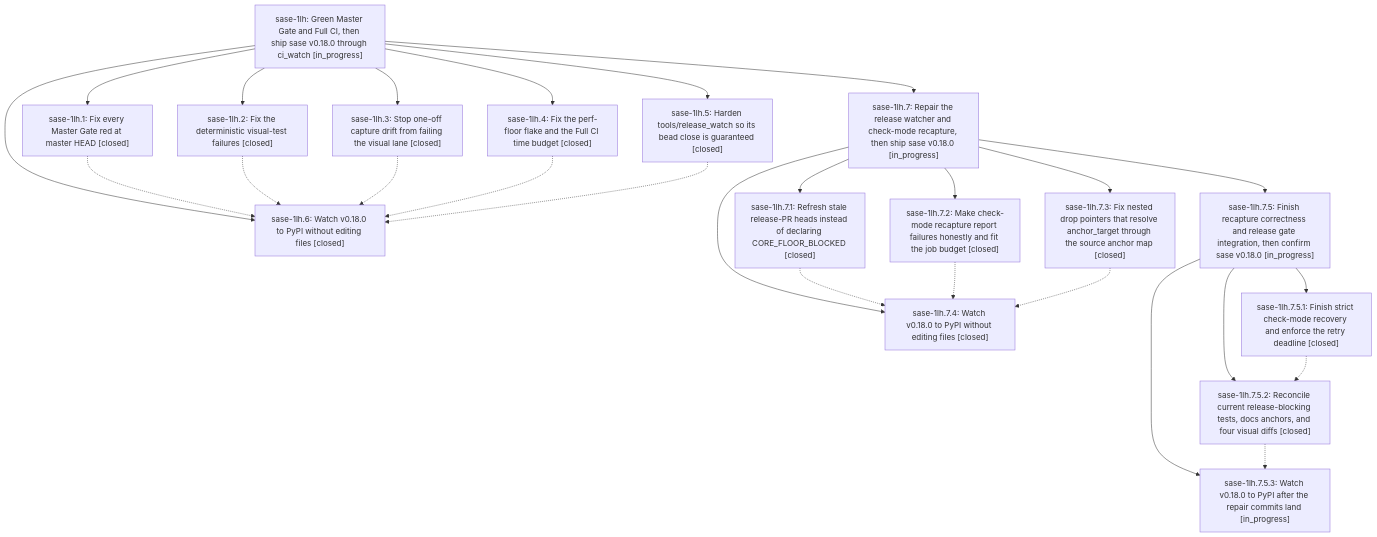
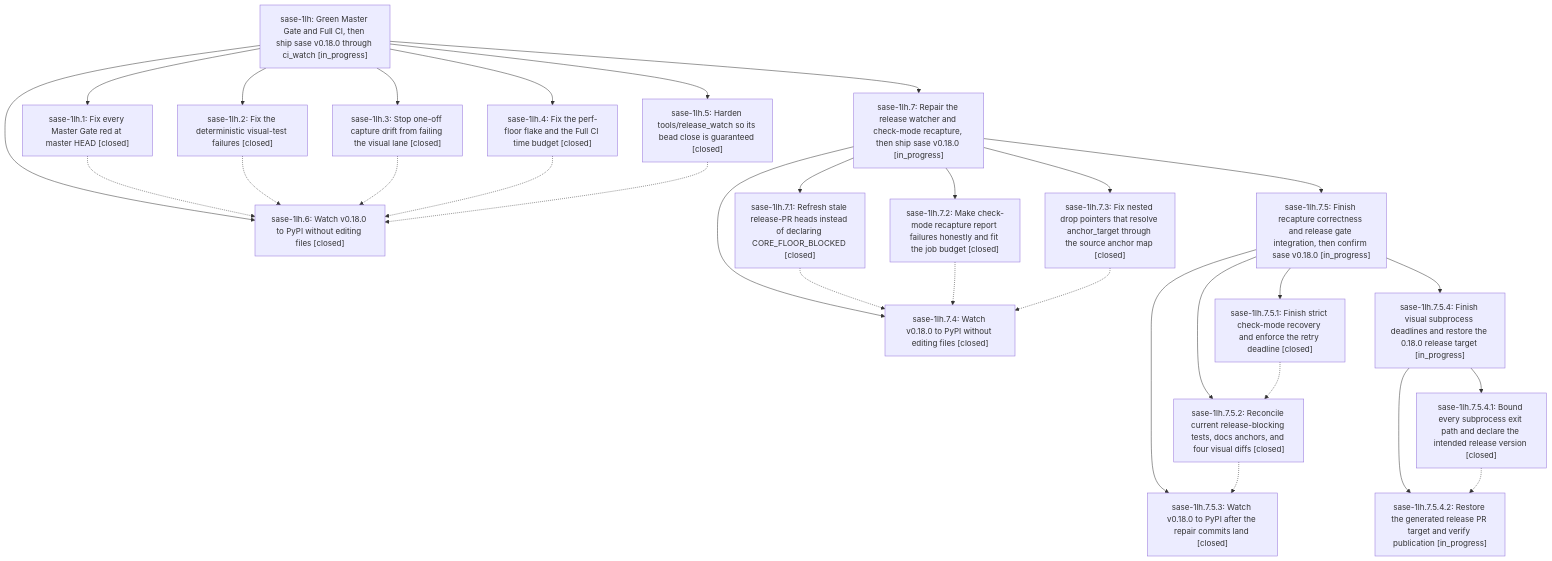
Before and after one commit to sase-org/sase--beads: the diagram in pages/sase-1lh/README.md, drawn with Mermaid. The commit also changed other lines of this file and 9 other files, not shown here.

````diff
--- a/pages/sase-1lh/README.md
+++ b/pages/sase-1lh/README.md
@@ -95,44 +95,51 @@
 ```mermaid
 flowchart TD
     n0["sase-1lh: Green Master Gate and Full CI, then ship sase v0.18.0 through ci_watch [in_progress]"]
     n1["sase-1lh.1: Fix every Master Gate red at master HEAD [closed]"]
     n2["sase-1lh.2: Fix the deterministic visual-test failures [closed]"]
     n3["sase-1lh.3: Stop one-off capture drift from failing the visual lane [closed]"]
     n4["sase-1lh.4: Fix the perf-floor flake and the Full CI time budget [closed]"]
     n5["sase-1lh.5: Harden tools/release_watch so its bead close is guaranteed [closed]"]
     n6["sase-1lh.6: Watch v0.18.0 to PyPI without editing files [closed]"]
     n7["sase-1lh.7: Repair the release watcher and check-mode recapture, then ship sase v0.18.0 [in_progress]"]
     n8["sase-1lh.7.1: Refresh stale release-PR heads instead of declaring CORE_FLOOR_BLOCKED [closed]"]
     n9["sase-1lh.7.2: Make check-mode recapture report failures honestly and fit the job budget [closed]"]
     n10["sase-1lh.7.3: Fix nested drop pointers that resolve anchor_target through the source anchor map [closed]"]
     n11["sase-1lh.7.4: Watch v0.18.0 to PyPI without editing files [closed]"]
     n12["sase-1lh.7.5: Finish recapture correctness and release gate integration, then confirm sase v0.18.0 [in_progress]"]
     n13["sase-1lh.7.5.1: Finish strict check-mode recovery and enforce the retry deadline [closed]"]
     n14["sase-1lh.7.5.2: Reconcile current release-blocking tests, docs anchors, and four visual diffs [closed]"]
-    n15["sase-1lh.7.5.3: Watch v0.18.0 to PyPI after the repair commits land [in_progress]"]
+    n15["sase-1lh.7.5.3: Watch v0.18.0 to PyPI after the repair commits land [closed]"]
+    n16["sase-1lh.7.5.4: Finish visual subprocess deadlines and restore the 0.18.0 release target [in_progress]"]
+    n17["sase-1lh.7.5.4.1: Bound every subprocess exit path and declare the intended release version [closed]"]
+    n18["sase-1lh.7.5.4.2: Restore the generated release PR target and verify publication [in_progress]"]
     n0 --> n1
     n0 --> n2
     n0 --> n3
     n0 --> n4
     n0 --> n5
     n0 --> n6
     n0 --> n7
     n7 --> n8
     n7 --> n9
     n7 --> n10
     n7 --> n11
     n7 --> n12
     n12 --> n13
     n12 --> n14
     n12 --> n15
+    n12 --> n16
+    n16 --> n17
+    n16 --> n18
     n1 -.-> n6
     n2 -.-> n6
     n3 -.-> n6
     n4 -.-> n6
     n5 -.-> n6
     n8 -.-> n11
     n9 -.-> n11
     n10 -.-> n11
     n13 -.-> n14
     n14 -.-> n15
+    n17 -.-> n18
 ```
````
